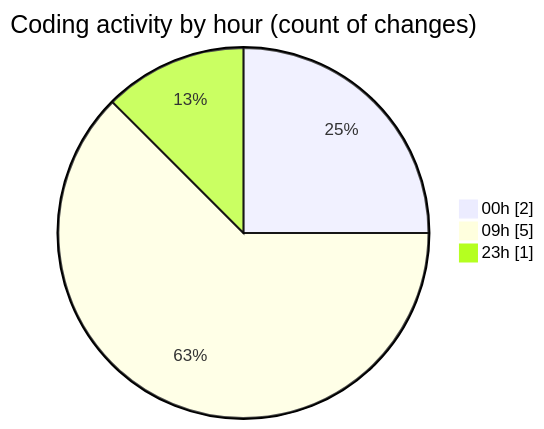
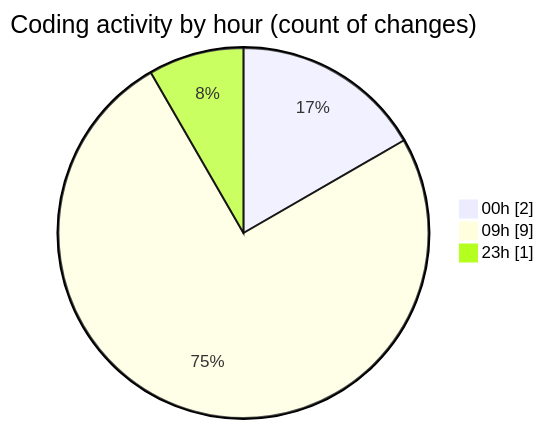
The second of 2 diagrams in 2025-07-29/cda/README.md (momahboobian/code-tracking), drawn with Mermaid before and after one commit. The commit also changed other lines of this file and 1 other file, not shown here.

````diff
--- a/2025-07-29/cda/README.md
+++ b/2025-07-29/cda/README.md
@@ -29,7 +32,7 @@
 ```mermaid
 pie showData
 title Coding activity by hour (count of changes)
 "00h" : 2
-"09h" : 5
+"09h" : 9
 "23h" : 1
 ```
````
